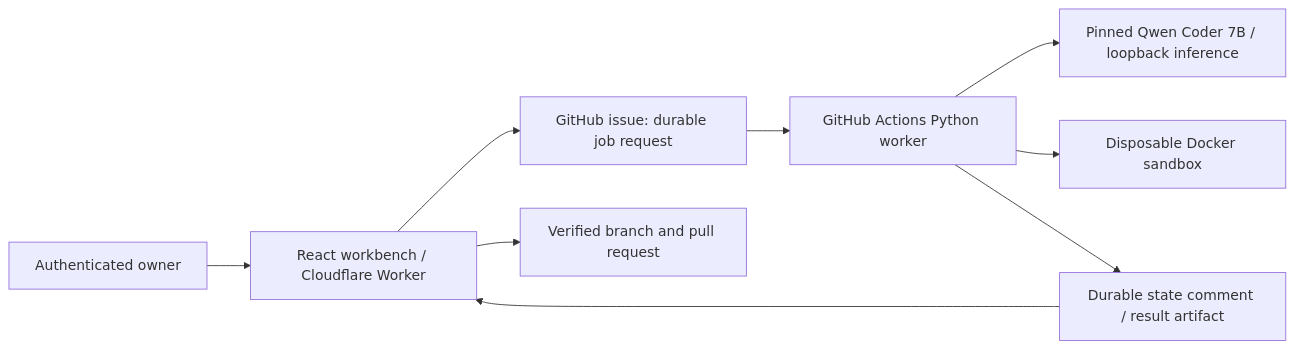
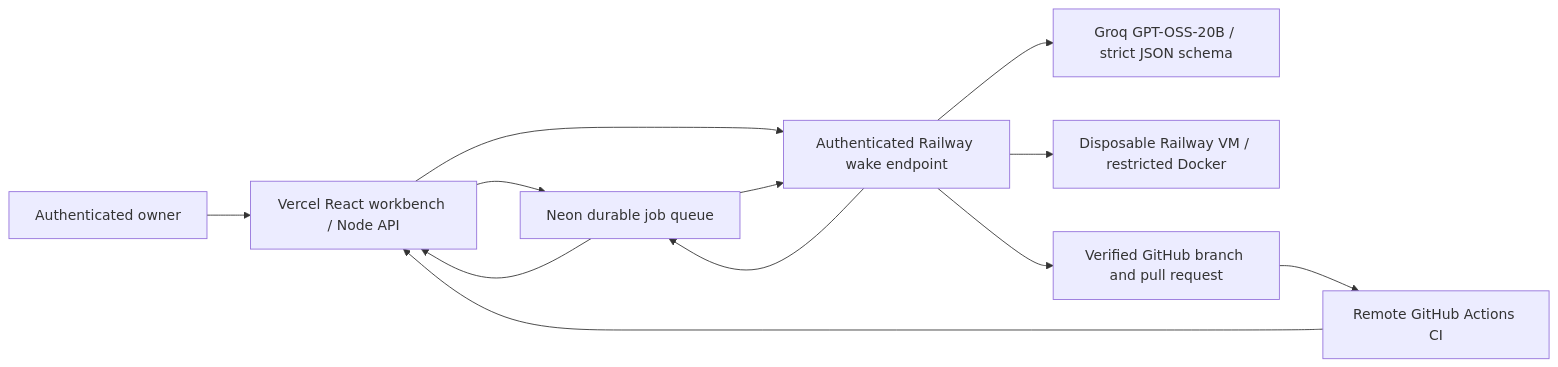
One commit to wauul/PatchGoblin changed the diagram in README.md. Above: the diagram before and after it, drawn with Mermaid. The commit also changed other lines of this file and 34 other files, not shown here.

Commit message:
Migrate production to Vercel, Groq, Neon and Railway

````diff
--- a/README.md
+++ b/README.md
@@ -29,11 +33,14 @@
 ```mermaid
 flowchart LR
-  U[Authenticated owner] --> W[React workbench / Cloudflare Worker]
-  W --> J[GitHub issue: durable job request]
-  J --> A[GitHub Actions Python worker]
-  A --> M[Pinned Qwen Coder 7B / loopback inference]
-  A --> S[Disposable Docker sandbox]
-  A --> C[Durable state comment / result artifact]
+  U[Authenticated owner] --> W[Vercel React workbench / Node API]
+  W --> J[Neon durable job queue]
+  W --> A[Authenticated Railway wake endpoint]
+  J --> A
+  A --> M[Groq GPT-OSS-20B / strict JSON schema]
+  A --> S[Disposable Railway VM / restricted Docker]
+  A --> J
+  J --> W
+  A --> P[Verified GitHub branch and pull request]
+  P --> C[Remote GitHub Actions CI]
   C --> W
-  W --> P[Verified branch and pull request]
 ```
````
